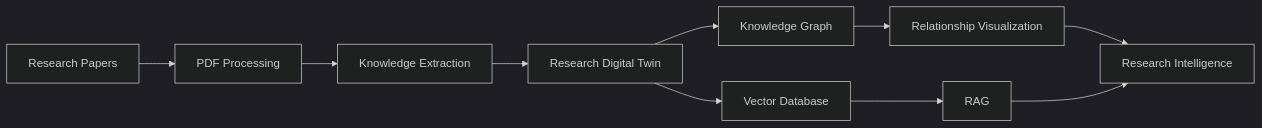
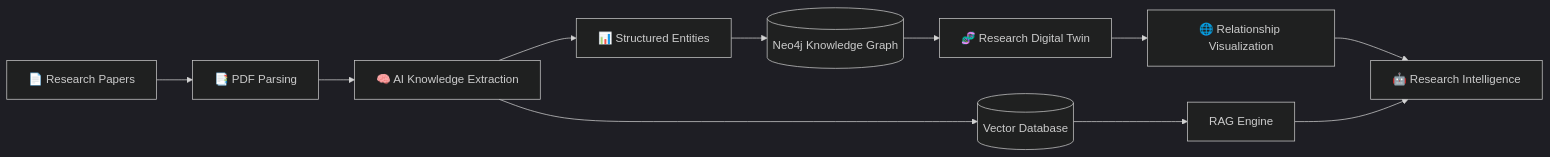
Before and after one commit to farahalmujaljel/Burhan: the first of 5 diagrams in README.md, drawn with Mermaid (dark theme). The commit also changed other lines of this file, not shown here.

````diff
--- a/README.md
+++ b/README.md
@@ -69,23 +99,24 @@
 ```mermaid
 flowchart LR
 
-A[Research Papers]
+    A[📄 Research Papers]
+    --> B[📑 PDF Parsing]
 
---> B[PDF Processing]
+    B --> C[🧠 AI Knowledge Extraction]
 
---> C[Knowledge Extraction]
+    C --> D[📊 Structured Entities]
 
---> D[Research Digital Twin]
+    D --> E[(Neo4j Knowledge Graph)]
 
-D --> E[Knowledge Graph]
+    E --> F[🧬 Research Digital Twin]
 
-D --> F[Vector Database]
+    C --> G[(Vector Database)]
 
-E --> G[Relationship Visualization]
+    G --> H[RAG Engine]
 
-F --> H[RAG]
+    F --> I[🌐 Relationship Visualization]
 
-G --> I[Research Intelligence]
+    I --> J[🤖 Research Intelligence]
 
-H --> I
+    H --> J
 ```
````
